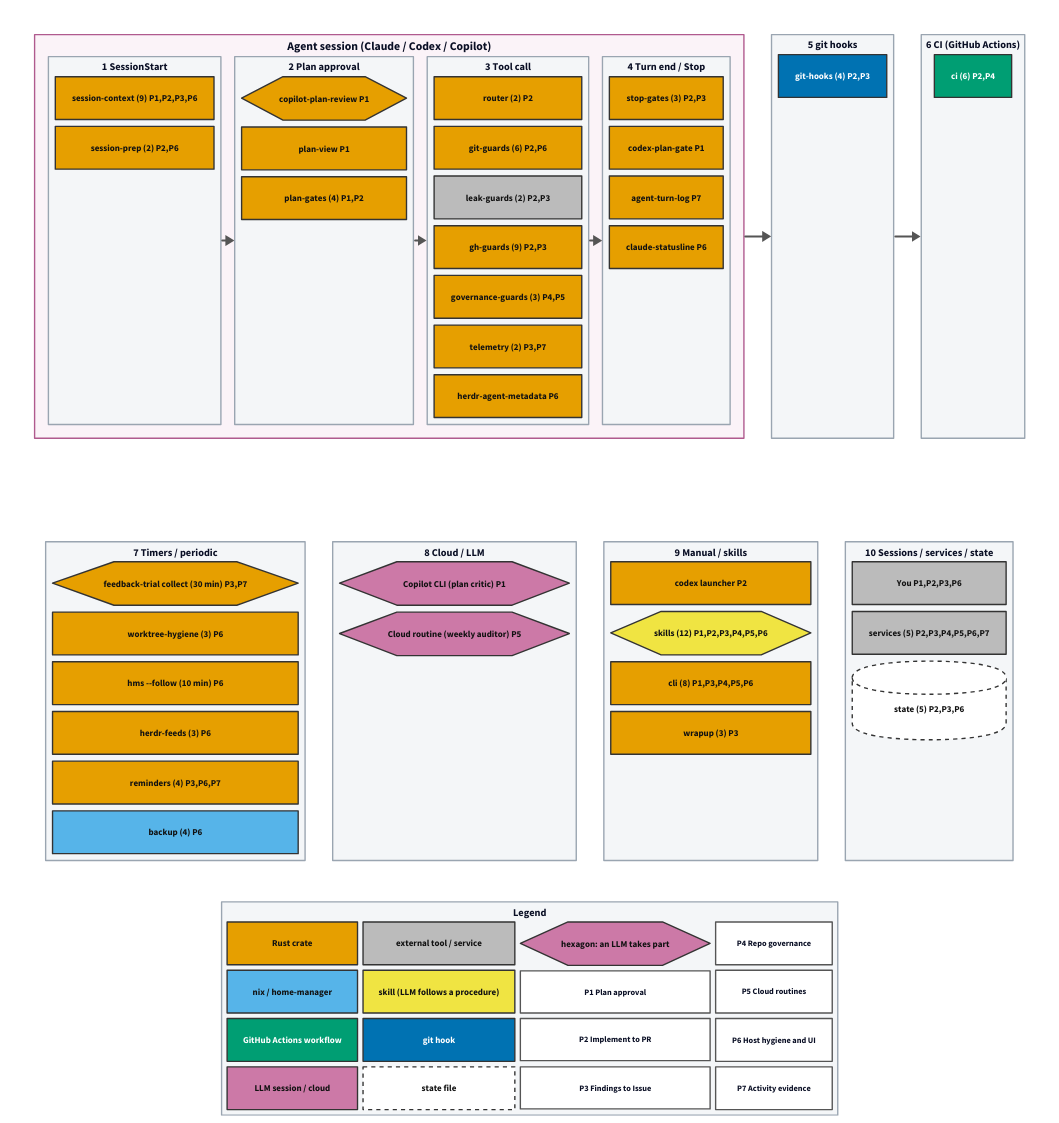
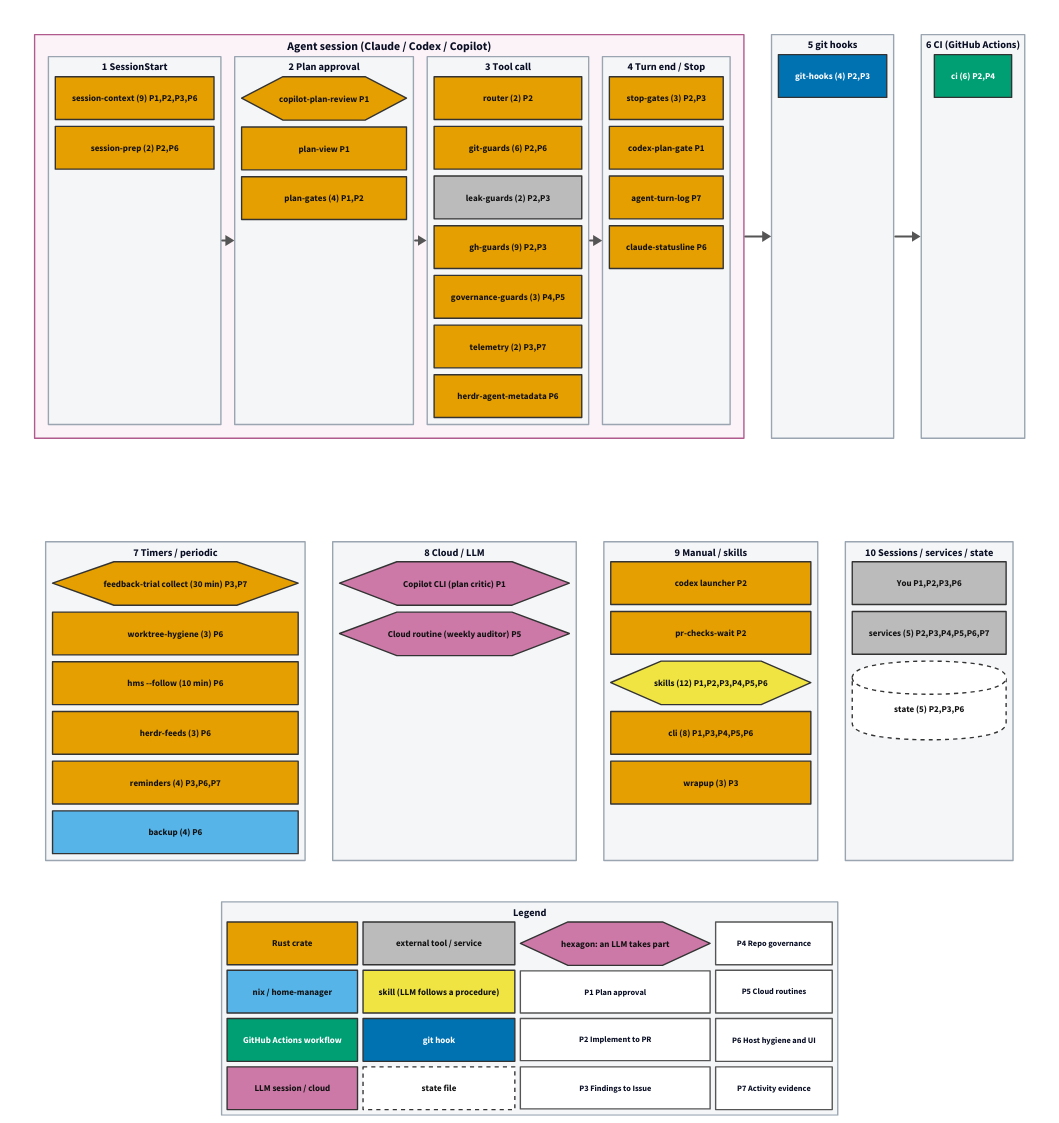
The diagram in docs/assets/pipeline-map/overview.d2 (tarotene/dotfiles), drawn with D2 before and after one commit. The commit also changed 20 other files, not shown here.

Commit message:
feat(pr-gate): CI を赤 1 件で即 NG・required 全緑で即 OK で待つ pr-checks-wait を追加 (#1156)

```diff
--- a/docs/assets/pipeline-map/overview.d2
+++ b/docs/assets/pipeline-map/overview.d2
@@ -310,6 +310,9 @@
     g_codex_launcher: "codex launcher  P2" {
       class: s_rust
     }
+    g_pr_checks_wait: "pr-checks-wait  P2" {
+      class: s_rust
+    }
     g_skills: "skills (12)  P1,P2,P3,P4,P5,P6" {
       class: s_skill
       shape: hexagon
```
